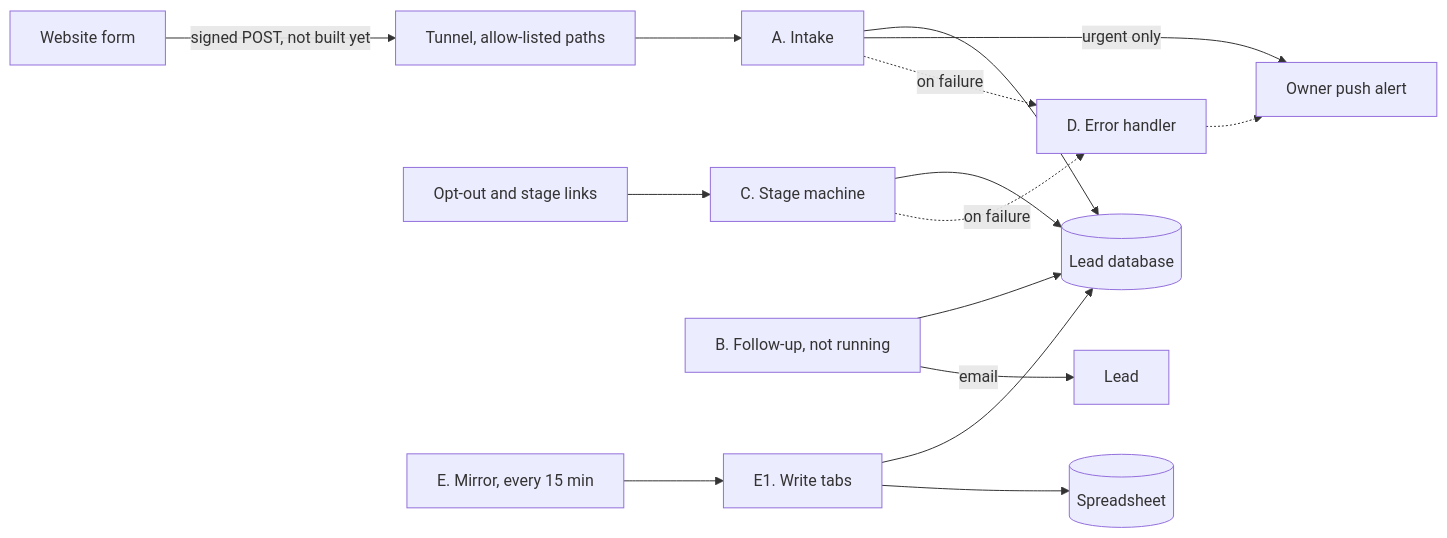
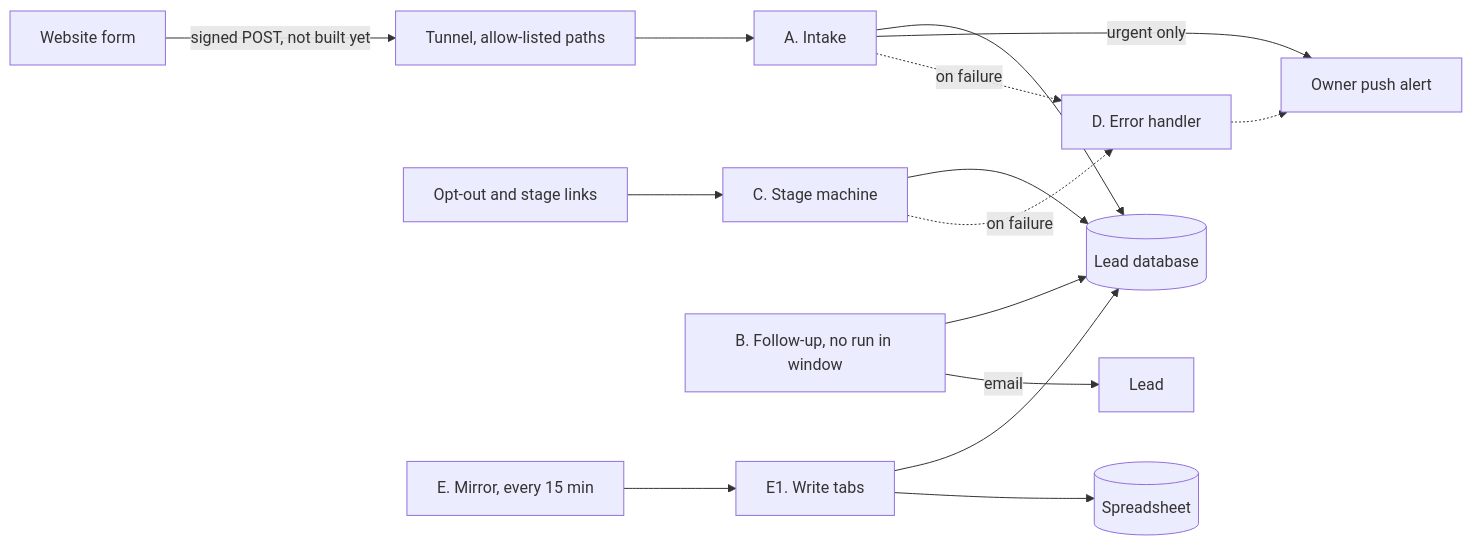
One commit to maseko-lucky-9/n8n-self-hosting changed the diagram in docs/n8n-estate-report.md. Above: the diagram before and after it, drawn with Mermaid. The commit also changed other lines of this file and 2 other files, not shown here.

````diff
--- a/docs/n8n-estate-report.md
+++ b/docs/n8n-estate-report.md
@@ -79,17 +79,17 @@
 ```mermaid
 flowchart LR
   form[Website form] -->|signed POST, not built yet| edge[Tunnel, allow-listed paths]
   edge --> intake[A. Intake]
   intake --> db[(Lead database)]
   intake -->|urgent only| push[Owner push alert]
   stage[C. Stage machine] --> db
   link[Opt-out and stage links] --> stage
-  followup[B. Follow-up, not running] --> db
+  followup[B. Follow-up, no run in window] --> db
   followup -->|email| lead[Lead]
   mirror[E. Mirror, every 15 min] --> tabs[E1. Write tabs]
   tabs --> db
   tabs --> sheet[(Spreadsheet)]
   intake -.->|on failure| errh[D. Error handler]
   stage -.->|on failure| errh
   errh -.-> push
 ```
````
